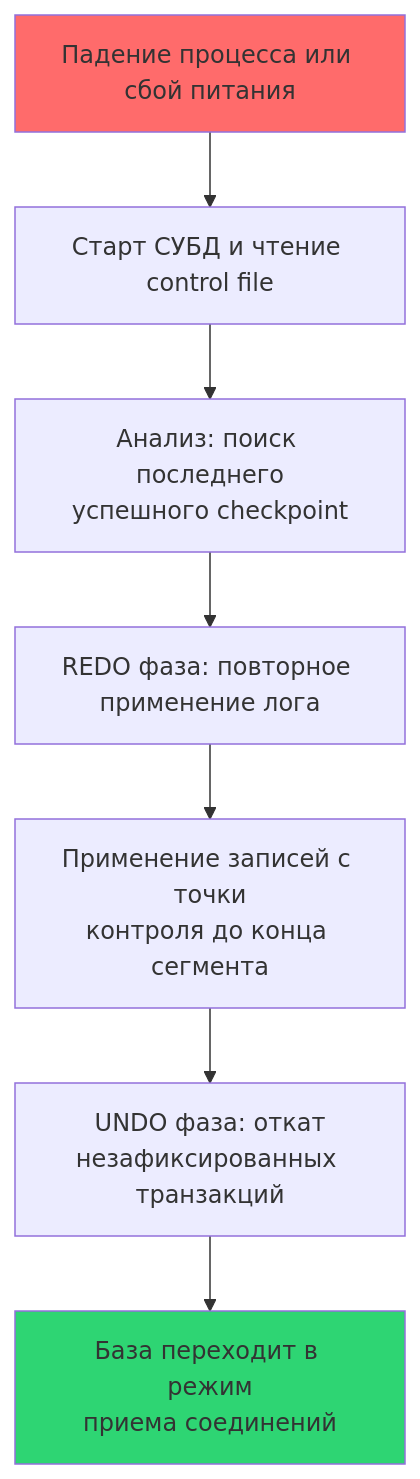
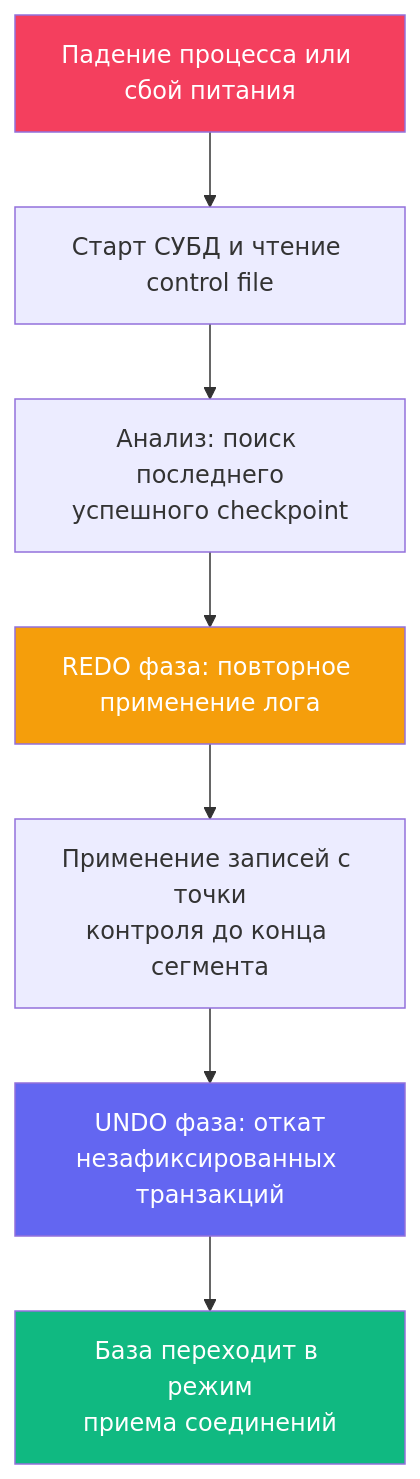
Before and after one commit to UnrealTemplier/go-textbook: the diagram in sources/12. Базы данных/05. Транзакции и внутренности/10. Recovery после сбоя.md, drawn with Mermaid. The commit also changed other lines of this file, not shown here.

````diff
--- a/sources/12. Базы данных/05. Транзакции и внутренности/10. Recovery после сбоя.md
+++ b/sources/12. Базы данных/05. Транзакции и внутренности/10. Recovery после сбоя.md
@@ -12,11 +14,14 @@
 ```mermaid
 flowchart TD
     A["Падение процесса или сбой питания"] --> B["Старт СУБД и чтение control file"]
     B --> C["Анализ: поиск последнего<br>успешного checkpoint"]
     C --> D["REDO фаза: повторное применение лога"]
     D --> E["Применение записей с точки<br>контроля до конца сегмента"]
     E --> F["UNDO фаза: откат<br>незафиксированных транзакций"]
     F --> G["База переходит в режим<br>приема соединений"]
-    style A fill:#ff6b6b
-    style G fill:#2ed573
+    
+    style A fill:#f43f5e,color:#fff
+    style D fill:#f59e0b,color:#fff
+    style F fill:#6366f1,color:#fff
+    style G fill:#10b981,color:#fff
 ```
````
